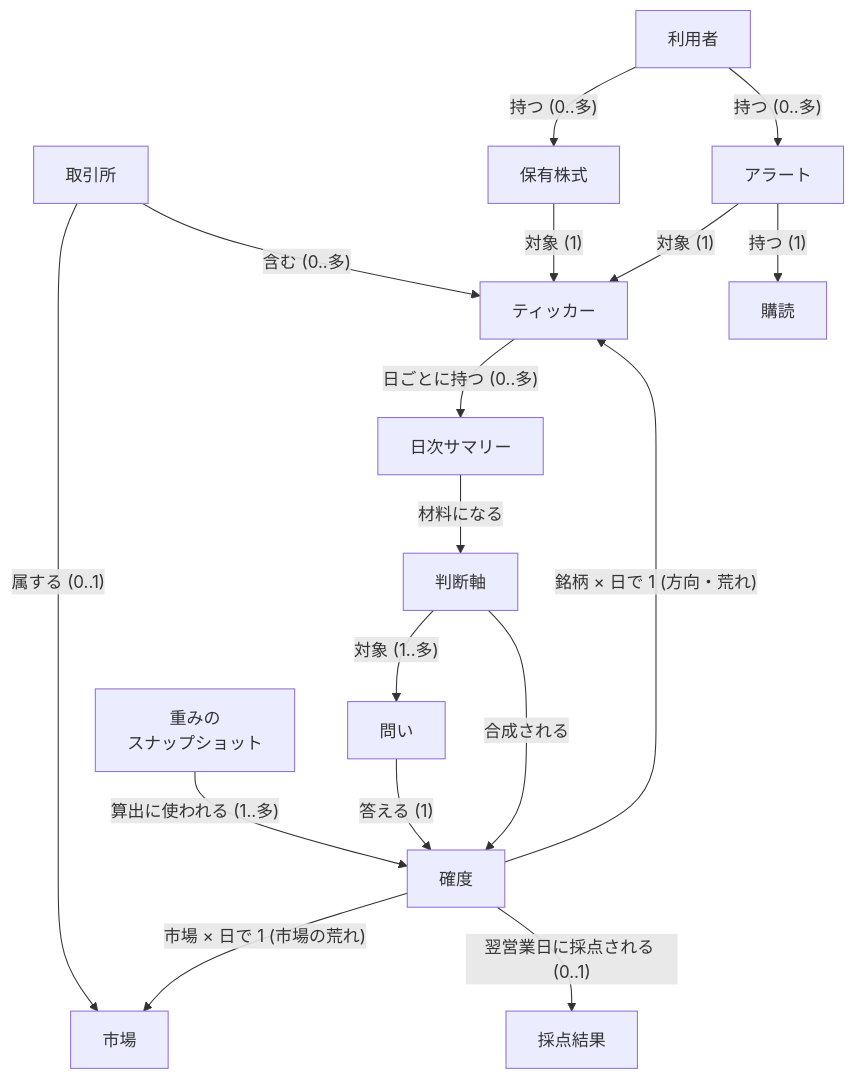
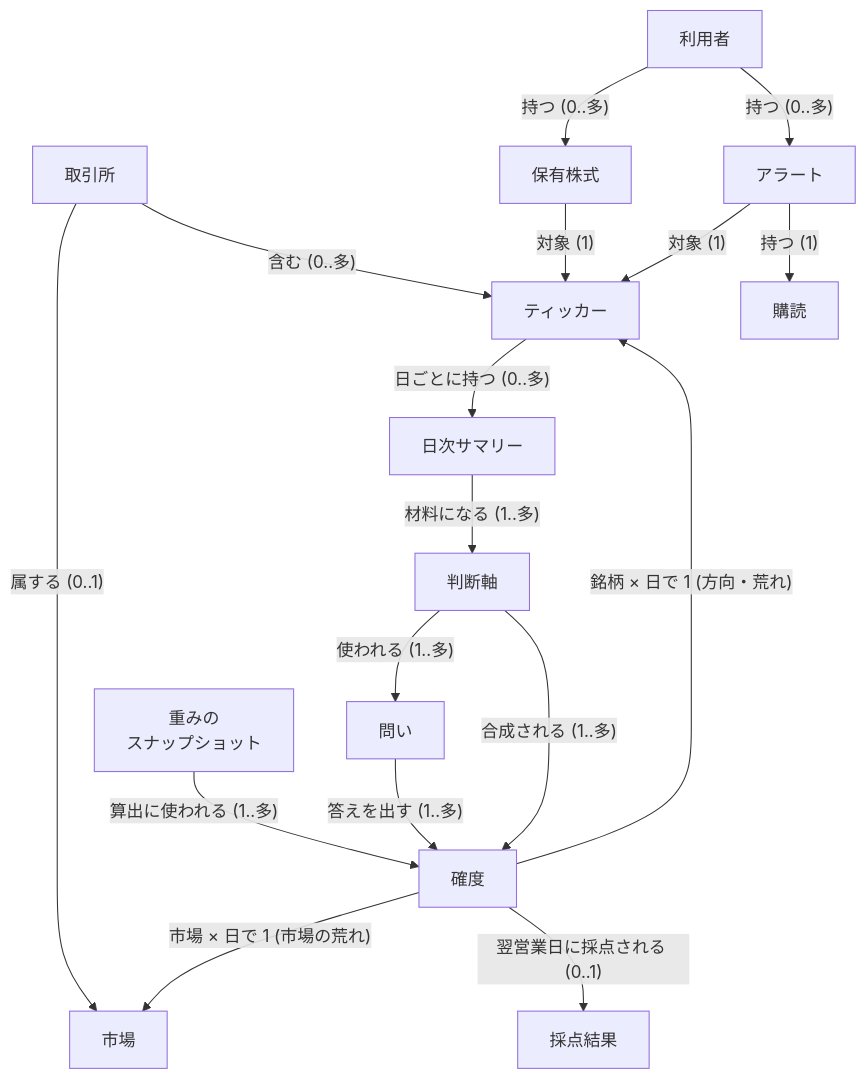
The diagram in docs/services/stock-tracker/requirements/domain-model.md (nagiyu/nagiyu-platform), drawn with Mermaid before and after one commit. The commit also changed other lines of this file and 16 other files, not shown here.

````diff
--- a/docs/services/stock-tracker/requirements/domain-model.md
+++ b/docs/services/stock-tracker/requirements/domain-model.md
@@ -29,32 +29,32 @@
 ```mermaid
 flowchart TD
     user[利用者]
     exchange[取引所]
     market[市場]
     ticker[ティッカー]
     holding[保有株式]
     alert[アラート]
     sub[購読]
     summary[日次サマリー]
     axis[判断軸]
     question[問い]
     forecast[確度]
     outcome[採点結果]
     snapshot["重みの<br/>スナップショット"]
     exchange -- "属する (0..1)" --> market
     exchange -- "含む (0..多)" --> ticker
     user -- "持つ (0..多)" --> holding
     user -- "持つ (0..多)" --> alert
     holding -- "対象 (1)" --> ticker
     alert -- "対象 (1)" --> ticker
     alert -- "持つ (1)" --> sub
     ticker -- "日ごとに持つ (0..多)" --> summary
-    summary -- "材料になる" --> axis
-    axis -- "対象 (1..多)" --> question
-    axis -- "合成される" --> forecast
-    question -- "答える (1)" --> forecast
+    summary -- "材料になる (1..多)" --> axis
+    axis -- "使われる (1..多)" --> question
+    axis -- "合成される (1..多)" --> forecast
+    question -- "答えを出す (1..多)" --> forecast
     forecast -- "銘柄 × 日で 1 (方向・荒れ)" --> ticker
     forecast -- "市場 × 日で 1 (市場の荒れ)" --> market
     forecast -- "翌営業日に採点される (0..1)" --> outcome
     snapshot -- "算出に使われる (1..多)" --> forecast
 ```
````
